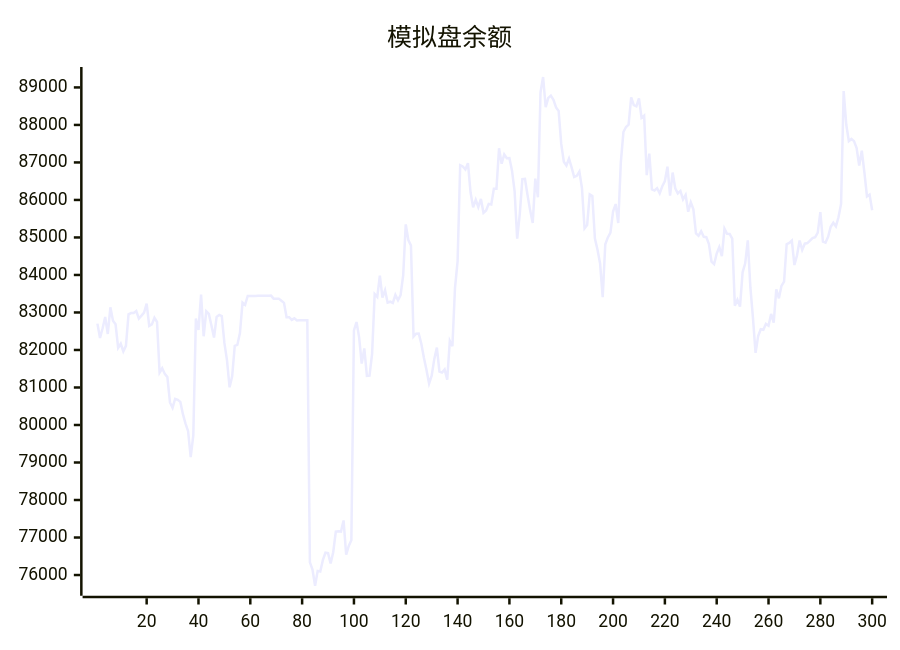
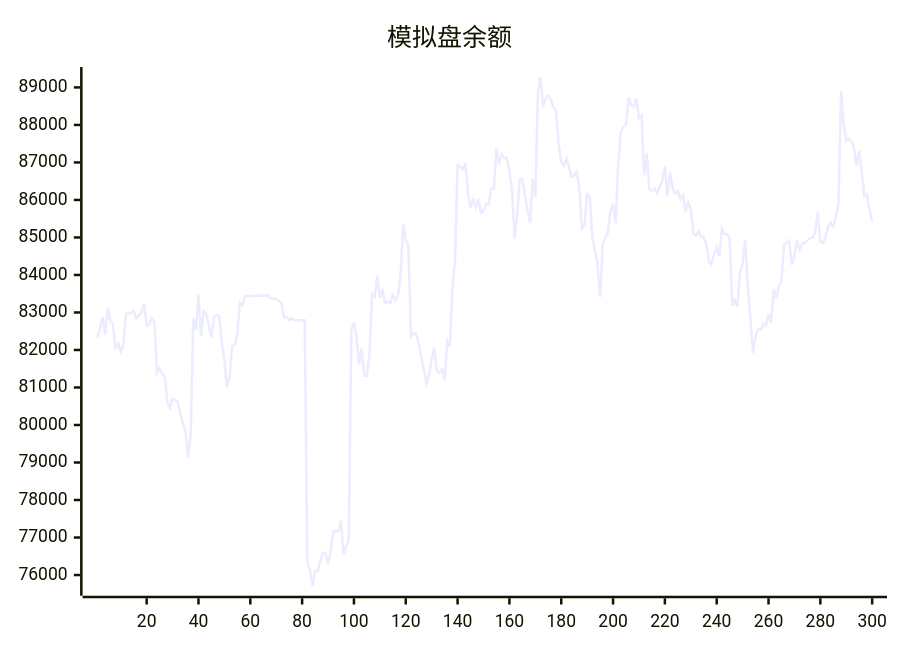
Before and after one commit to aahl/ai-trading: the diagram in README.md, drawn with Mermaid. The commit also changed other lines of this file and 1 other file, not shown here.

````diff
--- a/README.md
+++ b/README.md
@@ -5,5 +5,5 @@
 ```mermaid
 xychart
     title "模拟盘余额"
-    line [82702,82320,82580,82878,82426,83139,82778,82686,82056,82166,81963,82110,82951,82983,82984,83038,82838,82915,82998,83235,82642,82682,82858,82746,81396,81512,81362,81277,80600,80461,80699,80673,80616,80288,80038,79836,79142,79722,82837,82533,83480,82366,83032,82960,82654,82330,82883,82934,82901,82188,81728,81005,81298,82110,82135,82449,83264,83203,83440,83439,83440,83440,83446,83447,83448,83447,83448,83449,83369,83369,83369,83313,83256,82872,82873,82801,82844,82785,82791,82791,82793,82794,76339,76145,75714,76110,76096,76397,76594,76585,76310,76607,77160,77170,77160,77456,76541,76774,76927,82520,82744,82337,81639,82040,81307,81314,81887,83490,83414,83984,83396,83594,83261,83287,83253,83470,83327,83465,83987,85348,84930,84786,82355,82433,82438,82167,81795,81466,81105,81315,81756,82064,81426,81398,81481,81210,82242,82099,83658,84359,86925,86892,86814,86980,86203,85802,86003,85811,86028,85657,85721,85896,85880,86300,86299,87378,86965,87214,87115,87118,86780,86238,84966,85623,86555,86562,86129,85722,85387,86569,86070,88870,89278,88477,88720,88781,88668,88467,88372,87493,87018,86917,87102,86870,86613,86644,86758,86317,85242,85334,86149,86106,84968,84671,84302,83410,84816,85001,85127,85693,85891,85384,87001,87811,87945,88007,88734,88528,88495,88705,88189,88248,86662,87234,86279,86251,86314,86177,86364,86503,86886,86114,86731,86310,86176,86240,86017,86136,85685,85938,85749,85111,85044,85164,85016,85008,84824,84354,84287,84572,84745,84500,85234,85096,85095,84970,83180,83338,83157,84070,84309,84922,83667,82850,81924,82369,82552,82539,82695,82648,82962,82728,83619,83378,83710,83825,84819,84854,84917,84265,84527,84919,84668,84834,84850,84916,84981,85004,85131,85674,84891,84864,85019,85284,85393,85294,85538,85894,88904,88012,87567,87625,87568,87386,86920,87313,86737,86094,86143,85725]
+    line [82320,82580,82878,82426,83139,82778,82686,82056,82166,81963,82110,82951,82983,82984,83038,82838,82915,82998,83235,82642,82682,82858,82746,81396,81512,81362,81277,80600,80461,80699,80673,80616,80288,80038,79836,79142,79722,82837,82533,83480,82366,83032,82960,82654,82330,82883,82934,82901,82188,81728,81005,81298,82110,82135,82449,83264,83203,83440,83439,83440,83440,83446,83447,83448,83447,83448,83449,83369,83369,83369,83313,83256,82872,82873,82801,82844,82785,82791,82791,82793,82794,76339,76145,75714,76110,76096,76397,76594,76585,76310,76607,77160,77170,77160,77456,76541,76774,76927,82520,82744,82337,81639,82040,81307,81314,81887,83490,83414,83984,83396,83594,83261,83287,83253,83470,83327,83465,83987,85348,84930,84786,82355,82433,82438,82167,81795,81466,81105,81315,81756,82064,81426,81398,81481,81210,82242,82099,83658,84359,86925,86892,86814,86980,86203,85802,86003,85811,86028,85657,85721,85896,85880,86300,86299,87378,86965,87214,87115,87118,86780,86238,84966,85623,86555,86562,86129,85722,85387,86569,86070,88870,89278,88477,88720,88781,88668,88467,88372,87493,87018,86917,87102,86870,86613,86644,86758,86317,85242,85334,86149,86106,84968,84671,84302,83410,84816,85001,85127,85693,85891,85384,87001,87811,87945,88007,88734,88528,88495,88705,88189,88248,86662,87234,86279,86251,86314,86177,86364,86503,86886,86114,86731,86310,86176,86240,86017,86136,85685,85938,85749,85111,85044,85164,85016,85008,84824,84354,84287,84572,84745,84500,85234,85096,85095,84970,83180,83338,83157,84070,84309,84922,83667,82850,81924,82369,82552,82539,82695,82648,82962,82728,83619,83378,83710,83825,84819,84854,84917,84265,84527,84919,84668,84834,84850,84916,84981,85004,85131,85674,84891,84864,85019,85284,85393,85294,85538,85894,88904,88012,87567,87625,87568,87386,86920,87313,86737,86094,86143,85725,85437]
 ```
````
